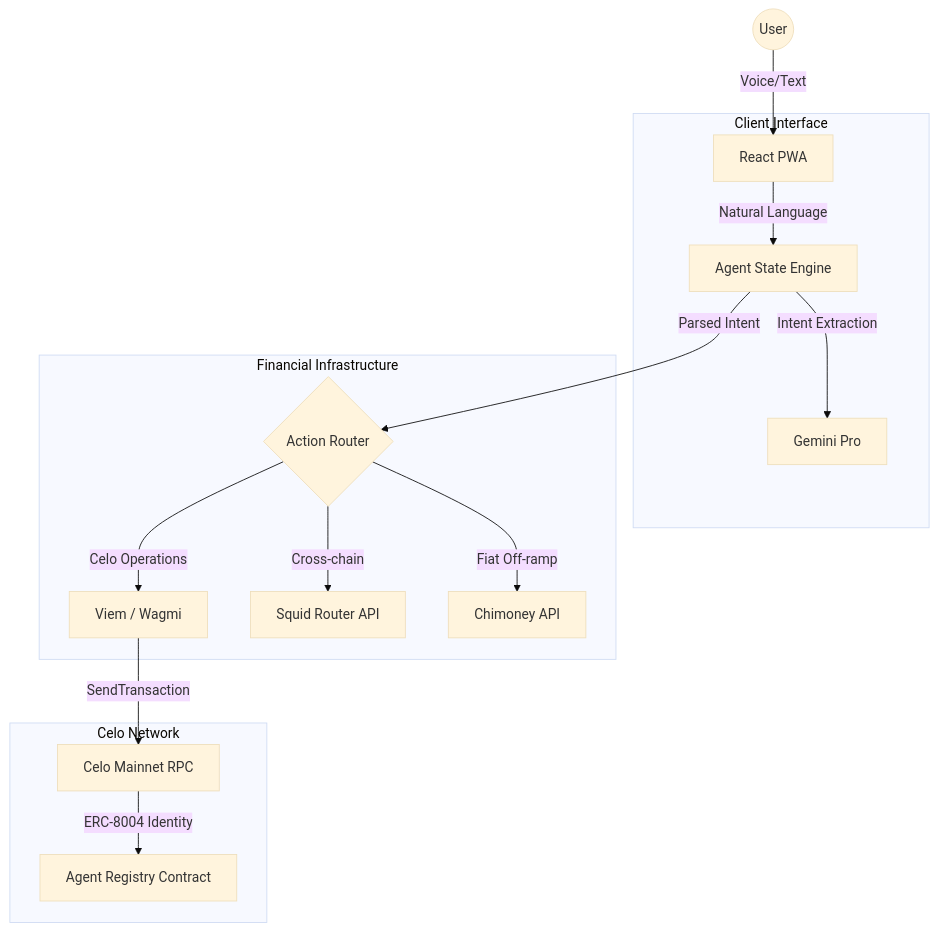
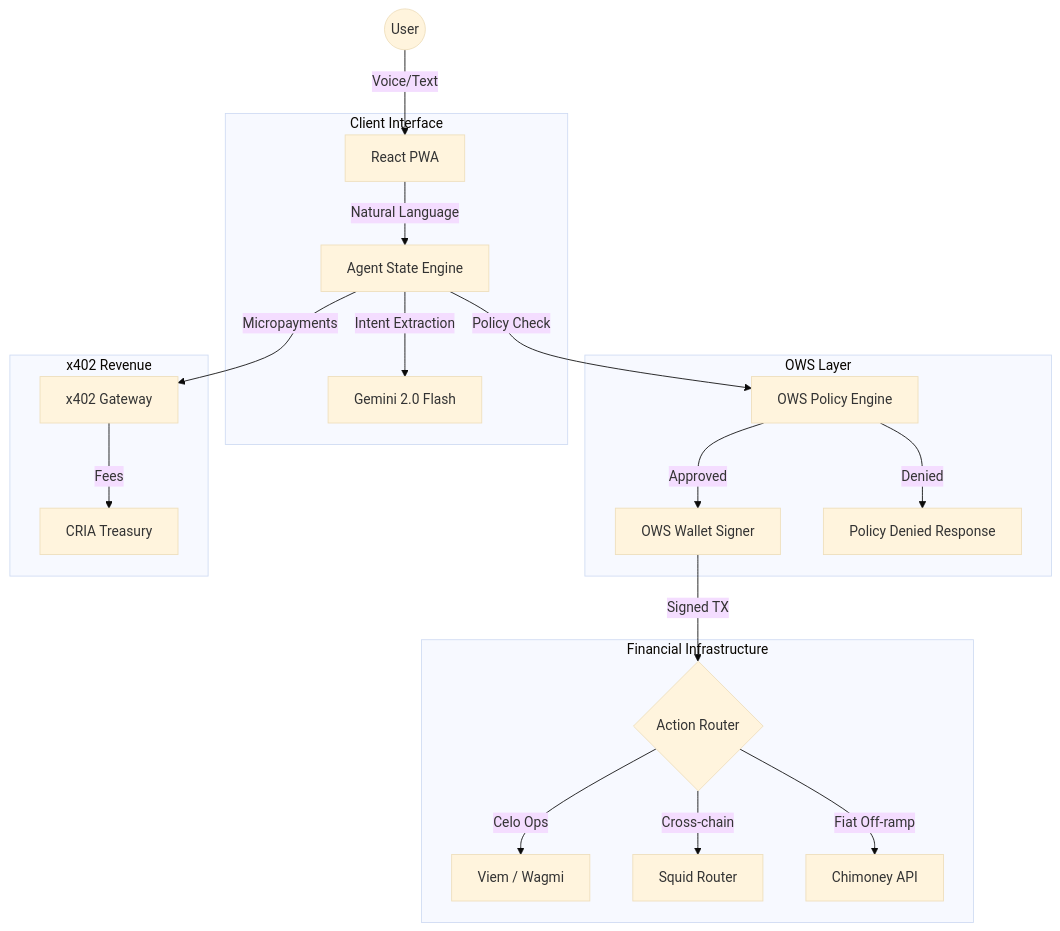
One commit to southenempire/celo-agent-mobile changed the diagram in README.md. Above: the diagram before and after it, drawn with Mermaid (base theme). The commit also changed other lines of this file and 76 other files, not shown here.

````diff
--- a/README.md
+++ b/README.md
@@ -45,21 +69,27 @@
 ```mermaid
 graph TD
     User((User)) -->|Voice/Text| UI[React PWA]
     
     subgraph Frontend ["Client Interface"]
         UI -->|Natural Language| AgentCore[Agent State Engine]
-        AgentCore -->|Intent Extraction| LLM[Gemini Pro]
+        AgentCore -->|Intent Extraction| LLM[Gemini 2.0 Flash]
+    end
+    
+    subgraph OWS ["OWS Layer"]
+        AgentCore -->|Policy Check| PolicyEngine[OWS Policy Engine]
+        PolicyEngine -->|Approved| Signer[OWS Wallet Signer]
+        PolicyEngine -->|Denied| Reject[Policy Denied Response]
     end
     
     subgraph Execution ["Financial Infrastructure"]
-        AgentCore -->|Parsed Intent| Router{Action Router}
-        Router -->|Celo Operations| Wagmi[Viem / Wagmi]
-        Router -->|Cross-chain| BridgeService[Squid Router API]
+        Signer -->|Signed TX| Router{Action Router}
+        Router -->|Celo Ops| Wagmi[Viem / Wagmi]
+        Router -->|Cross-chain| BridgeService[Squid Router]
         Router -->|Fiat Off-ramp| PayoutService[Chimoney API]
     end
     
-    subgraph OnChain ["Celo Network"]
-        Wagmi -->|SendTransaction| CeloRPC[Celo Mainnet RPC]
-        CeloRPC -->|ERC-8004 Identity| Registry[Agent Registry Contract]
+    subgraph Revenue ["x402 Revenue"]
+        AgentCore -->|Micropayments| x402[x402 Gateway]
+        x402 -->|Fees| Treasury[CRIA Treasury]
     end
 ```
````
